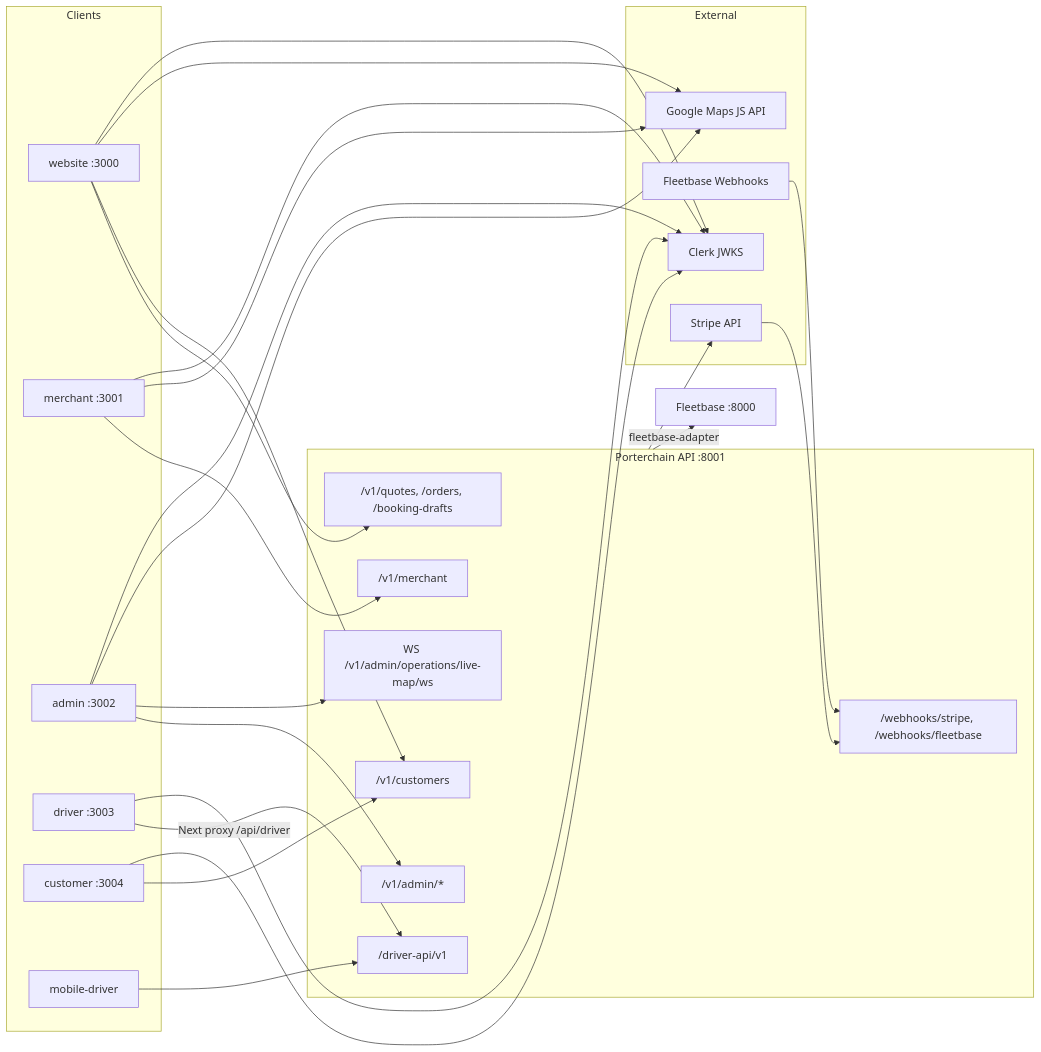
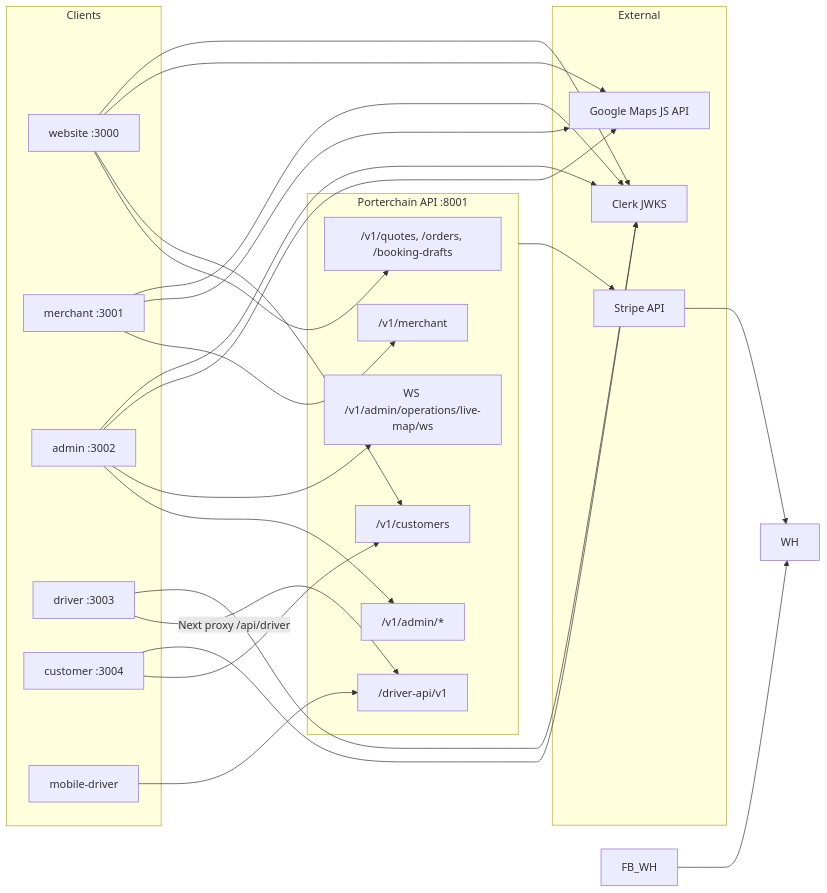
One commit to PORTERCHAIN-INC/PCD changed the diagram in docs/architecture/mermaid/api_dependency.mmd. Above: the diagram before and after it, drawn with Mermaid. The commit also changed 38 other files, not shown here.

First line of the commit message:
docs: drop COD/Fleetbase/Stripe Connect references, regenerate graphify report

```diff
--- a/docs/architecture/mermaid/api_dependency.mmd
+++ b/docs/architecture/mermaid/api_dependency.mmd
@@ -1,39 +1,36 @@
 flowchart LR
   subgraph Clients
     W[website :3000]
     M[merchant :3001]
     A[admin :3002]
     D[driver :3003]
     C[customer :3004]
     MOB[mobile-driver]
   end
 
   subgraph API["Porterchain API :8001"]
     PUB["/v1/quotes, /orders, /booking-drafts"]
     CUST_API["/v1/customers"]
     MERCH_API["/v1/merchant"]
     ADMIN_API["/v1/admin/*"]
     DRV_API["/driver-api/v1"]
-    WH["/webhooks/stripe, /webhooks/fleetbase"]
     WS["WS /v1/admin/operations/live-map/ws"]
   end
 
   subgraph External
     STRIPE[Stripe API]
-    FB_WH[Fleetbase Webhooks]
     CLERK[Clerk JWKS]
     GMAPS[Google Maps JS API]
   end
 
   W --> PUB & CUST_API
   C --> CUST_API
   M --> MERCH_API
   A --> ADMIN_API & WS
   D -->|"Next proxy /api/driver"| DRV_API
   MOB --> DRV_API
   W & M & A --> GMAPS
   W & M & A & C & D --> CLERK
   STRIPE --> WH
   FB_WH --> WH
   API --> STRIPE
-  API -->|"fleetbase-adapter"| FB_API[Fleetbase :8000]
```
